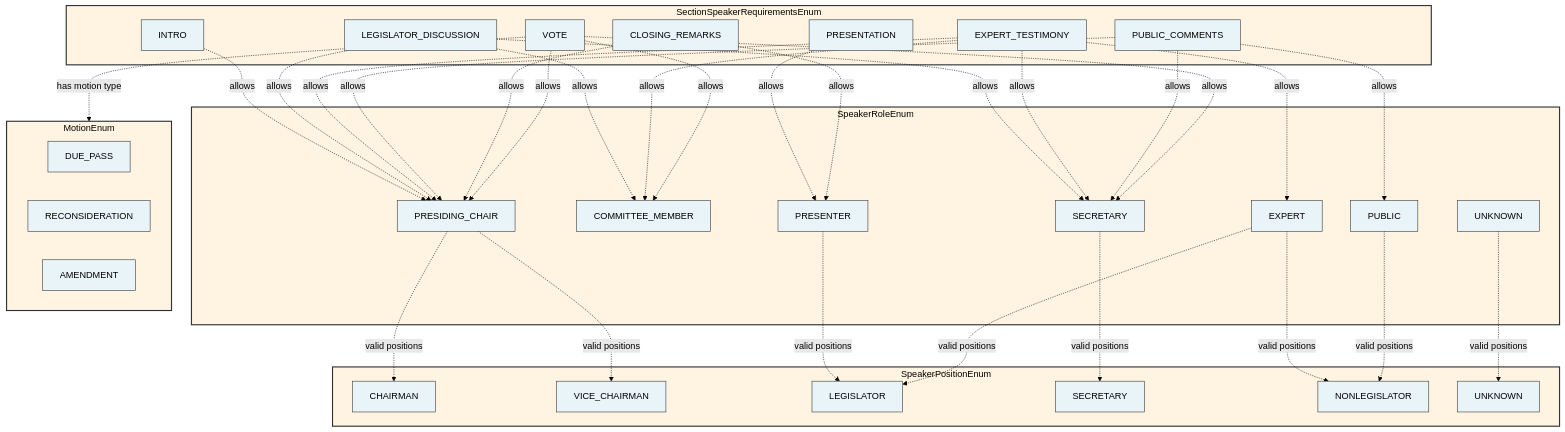
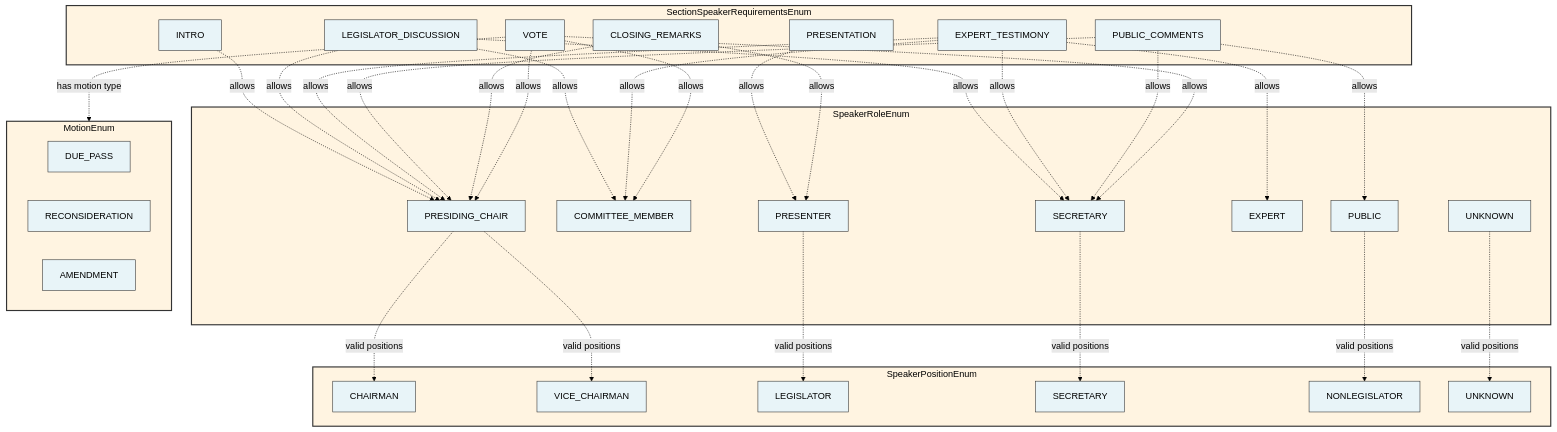
The first of 2 diagrams in README.md (IsaacFigNewton/CommitteeHearingDiscourseParser), drawn with Mermaid (forest theme) before and after one commit. The commit also changed other lines of this file and 2 other files, not shown here.

Commit message:
added missing enums to docs

````diff
--- a/README.md
+++ b/README.md
@@ -30,78 +32,76 @@
 ```mermaid
 graph TB
     subgraph "SpeakerPositionEnum"
         SP_CHAIRMAN[CHAIRMAN]
         SP_VICE_CHAIRMAN[VICE_CHAIRMAN]
         SP_LEGISLATOR[LEGISLATOR]
         SP_SECRETARY[SECRETARY]
         SP_NONLEGISLATOR[NONLEGISLATOR]
         SP_UNKNOWN[UNKNOWN]
     end
 
     subgraph "SpeakerRoleEnum"
         SR_PRESIDING_CHAIR[PRESIDING_CHAIR]
         SR_COMMITTEE_MEMBER[COMMITTEE_MEMBER]
         SR_SECRETARY[SECRETARY]
         SR_PRESENTER[PRESENTER]
         SR_EXPERT[EXPERT]
         SR_PUBLIC[PUBLIC]
         SR_UNKNOWN[UNKNOWN]
     end
 
     subgraph "SectionSpeakerRequirementsEnum"
         INTRO[INTRO]
         PRESENTATION[PRESENTATION]
         LEGISLATOR_DISCUSSION[LEGISLATOR_DISCUSSION]
         EXPERT_TESTIMONY[EXPERT_TESTIMONY]
         PUBLIC_COMMENTS[PUBLIC_COMMENTS]
         CLOSING_REMARKS[CLOSING_REMARKS]
         VOTE[VOTE]
     end
 
     subgraph "MotionEnum"
         DUE_PASS[DUE_PASS]
         RECONSIDERATION[RECONSIDERATION]
         AMENDMENT[AMENDMENT]
     end
 
     %% SpeakerRoleRequirementsEnum -> SpeakerPositionEnum mappings
     SR_PRESIDING_CHAIR -.->|valid positions| SP_CHAIRMAN
     SR_PRESIDING_CHAIR -.->|valid positions| SP_VICE_CHAIRMAN
     SR_SECRETARY -.->|valid positions| SP_SECRETARY
     SR_PRESENTER -.->|valid positions| SP_LEGISLATOR
-    SR_EXPERT -.->|valid positions| SP_LEGISLATOR
-    SR_EXPERT -.->|valid positions| SP_NONLEGISLATOR
     SR_PUBLIC -.->|valid positions| SP_NONLEGISLATOR
     SR_UNKNOWN -.->|valid positions| SP_UNKNOWN
 
     %% SectionSpeakerRequirementsEnum -> SpeakerRoleEnum validations
     INTRO -.->|allows| SR_PRESIDING_CHAIR
     PRESENTATION -.->|allows| SR_PRESENTER
     LEGISLATOR_DISCUSSION -.->|allows| SR_PRESIDING_CHAIR
     LEGISLATOR_DISCUSSION -.->|allows| SR_SECRETARY
     LEGISLATOR_DISCUSSION -.->|allows| SR_COMMITTEE_MEMBER
     EXPERT_TESTIMONY -.->|allows| SR_PRESIDING_CHAIR
     EXPERT_TESTIMONY -.->|allows| SR_SECRETARY
     EXPERT_TESTIMONY -.->|allows| SR_COMMITTEE_MEMBER
     EXPERT_TESTIMONY -.->|allows| SR_EXPERT
     PUBLIC_COMMENTS -.->|allows| SR_PRESIDING_CHAIR
     PUBLIC_COMMENTS -.->|allows| SR_SECRETARY
     PUBLIC_COMMENTS -.->|allows| SR_PUBLIC
     CLOSING_REMARKS -.->|allows| SR_PRESIDING_CHAIR
     CLOSING_REMARKS -.->|allows| SR_PRESENTER
     VOTE -.->|allows| SR_PRESIDING_CHAIR
     VOTE -.->|allows| SR_SECRETARY
     VOTE -.->|allows| SR_COMMITTEE_MEMBER
 
     %% VoteSection -> MotionEnum
     VOTE -.->|has motion type| MotionEnum
 
     classDef enumClass fill:#fff4e1,stroke:#333,stroke-width:2px,color:#000
     classDef valueClass fill:#e8f4f8,stroke:#333,stroke-width:1px,color:#000
 
     class SpeakerPositionEnum,SpeakerRoleEnum,SectionSpeakerRequirementsEnum,MotionEnum enumClass
     class SP_CHAIRMAN,SP_VICE_CHAIRMAN,SP_SECRETARY,SP_LEGISLATOR,SP_NONLEGISLATOR,SP_UNKNOWN valueClass
     class SR_PRESIDING_CHAIR,SR_SECRETARY,SR_PRESENTER,SR_COMMITTEE_MEMBER,SR_EXPERT,SR_PUBLIC,SR_UNKNOWN valueClass
     class INTRO,PRESENTATION,LEGISLATOR_DISCUSSION,EXPERT_TESTIMONY,PUBLIC_COMMENTS,CLOSING_REMARKS,VOTE valueClass
     class DUE_PASS,RECONSIDERATION,AMENDMENT valueClass
 ```
````
